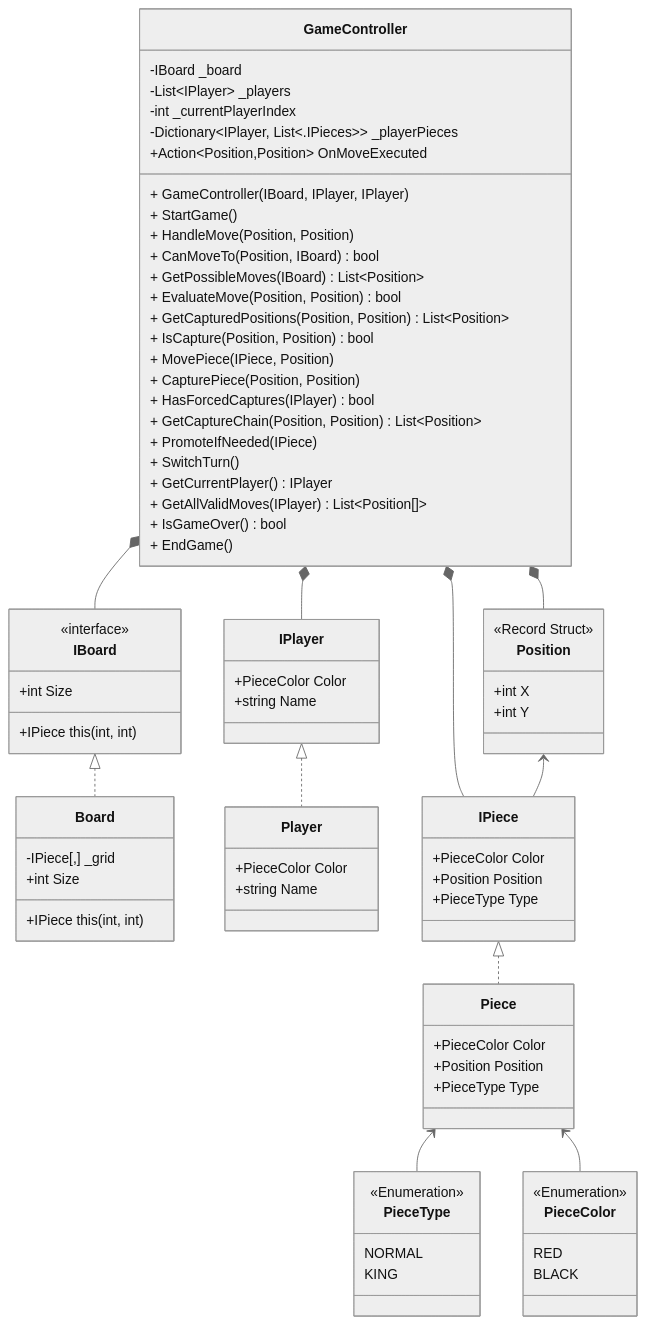
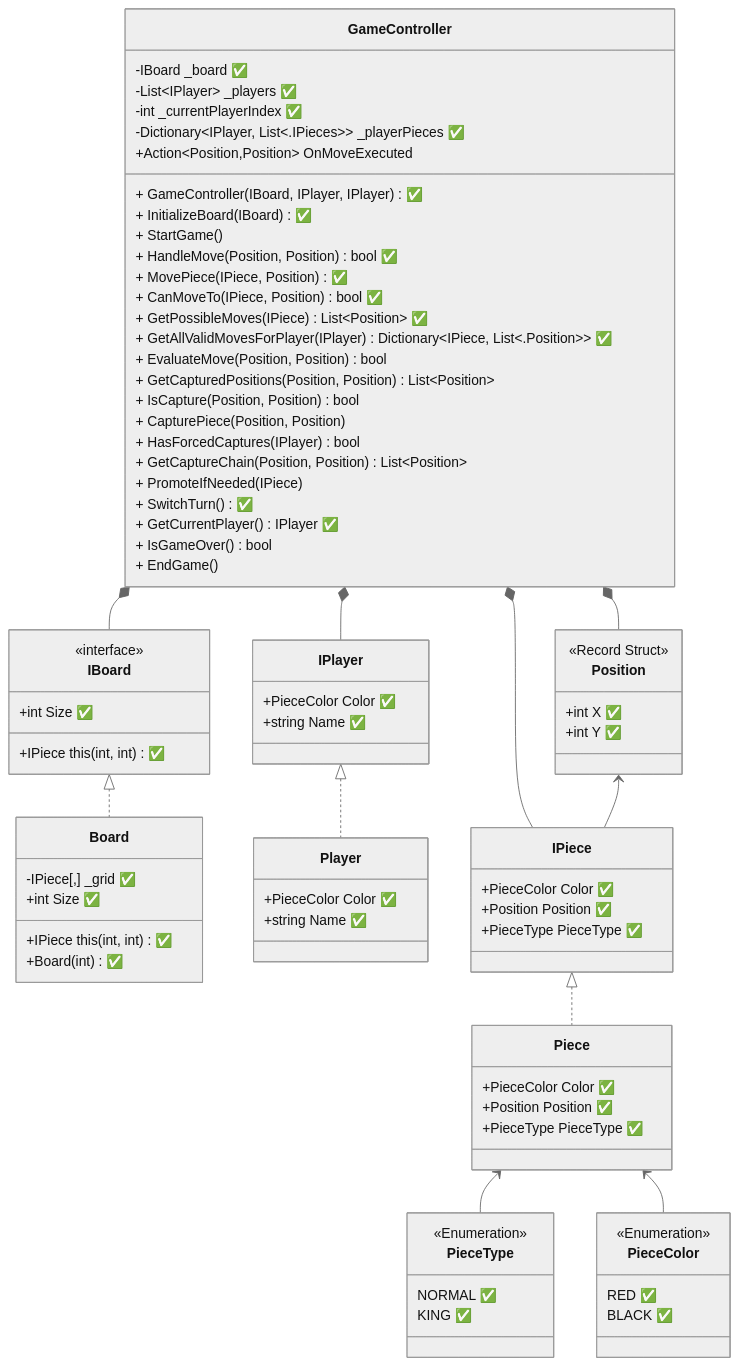
Before and after one commit to Masdikaa/Masdika-Bootcamp-SE-Formulatrix: the diagram in Checkers/ClassDiagram.mmd, drawn with Mermaid (neutral theme). The commit also changed 7 other files, not shown here.

Commit message:
switch turn and handling move validation

```diff
--- a/Checkers/ClassDiagram.mmd
+++ b/Checkers/ClassDiagram.mmd
@@ -1,95 +1,98 @@
 classDiagram
     class GameController {
 
-        -IBoard _board 
-        -List~IPlayer~ _players 
-        -int _currentPlayerIndex 
-        -Dictionary~IPlayer, List<.IPieces>~ _playerPieces 
+        -IBoard _board ✅
+        -List~IPlayer~ _players ✅
+        -int _currentPlayerIndex ✅
+        -Dictionary~IPlayer, List<.IPieces>~ _playerPieces ✅
         +Action~Position,Position~ OnMoveExecuted
         
-        + GameController(IBoard, IPlayer, IPlayer) 
+        + GameController(IBoard, IPlayer, IPlayer) ✅
+        + InitializeBoard(IBoard) ✅
         + StartGame()
-        + HandleMove(Position, Position)
-        + CanMoveTo(Position, IBoard) bool
-        + GetPossibleMoves(IBoard) List~Position~
+        + HandleMove(Position, Position) bool ✅
+        + MovePiece(IPiece, Position) ✅
+        + CanMoveTo(IPiece, Position) bool ✅
+        + GetPossibleMoves(IPiece) List~Position~ ✅
+        + GetAllValidMovesForPlayer(IPlayer) Dictionary~IPiece, List<.Position>~ ✅
         + EvaluateMove(Position, Position) bool
         + GetCapturedPositions(Position, Position) List~Position~
         + IsCapture(Position, Position) bool
-        + MovePiece(IPiece, Position)
         + CapturePiece(Position, Position)
         + HasForcedCaptures(IPlayer) bool      
         + GetCaptureChain(Position, Position) List~Position~
         + PromoteIfNeeded(IPiece)
-        + SwitchTurn()
-        + GetCurrentPlayer() IPlayer
-        + GetAllValidMoves(IPlayer) List~Position[]~
+        + SwitchTurn() ✅
+        + GetCurrentPlayer() IPlayer ✅
         + IsGameOver() bool
         + EndGame()
 
     }
 
     class IBoard {
         <<interface>>
-        +int Size
-        +IPiece this(int, int)
+        +int Size ✅
+        +IPiece this(int, int) ✅
 
     }
 
     class Board {
-        -IPiece[,] _grid
-        +int Size
-        +IPiece this(int, int)
+        -IPiece[,] _grid ✅
+        +int Size ✅
+        +IPiece this(int, int) ✅
+        +Board(int) ✅
+        %% Board Constructor to define grid size
     }
     
     class IPlayer {
-        +PieceColor Color 
-        +string Name 
+        +PieceColor Color ✅
+        +string Name ✅
     }
     
     class Player {
-        +PieceColor Color 
-        +string Name 
+        +PieceColor Color ✅
+        +string Name ✅
     }
     
     class IPiece {
-        +PieceColor Color 
-        +Position Position 
-        +PieceType Type 
+        +PieceColor Color ✅
+        +Position Position ✅
+        +PieceType PieceType ✅
     }
     
     class Piece {
-        +PieceColor Color 
-        +Position Position 
-        +PieceType Type 
+        +PieceColor Color ✅
+        +Position Position ✅
+        +PieceType PieceType ✅
     }
     
     class Position {
         <<Record Struct>>
-        +int X 
-        +int Y 
+        +int X ✅
+        +int Y ✅
     }
 
     class PieceType {
         <<Enumeration>>
-        NORMAL 
-        KING 
+        NORMAL ✅
+        KING ✅
     }
     
     class PieceColor {
         <<Enumeration>>
-        RED 
-        BLACK 
+        RED ✅
+        BLACK ✅
     }
 
     GameController *-- IBoard
     GameController *-- IPlayer
     GameController *-- IPiece
     GameController *-- Position
 
     IBoard <|.. Board
     IPlayer <|.. Player
     IPiece <|.. Piece
     Piece <-- PieceType
     Piece <-- PieceColor
 
     Position <-- IPiece
```
